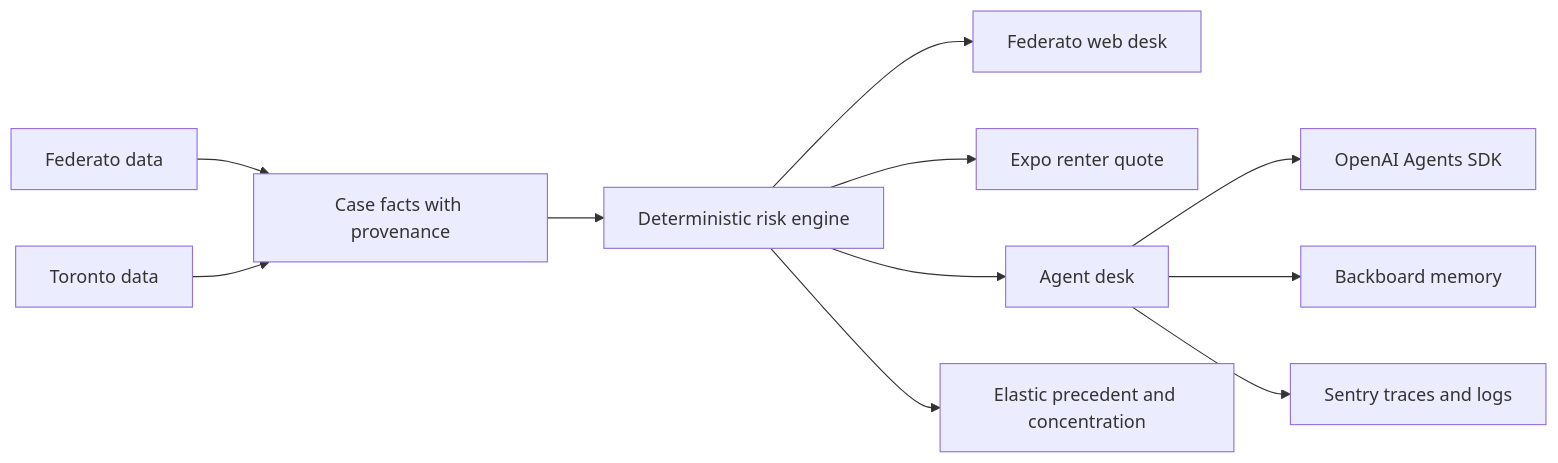
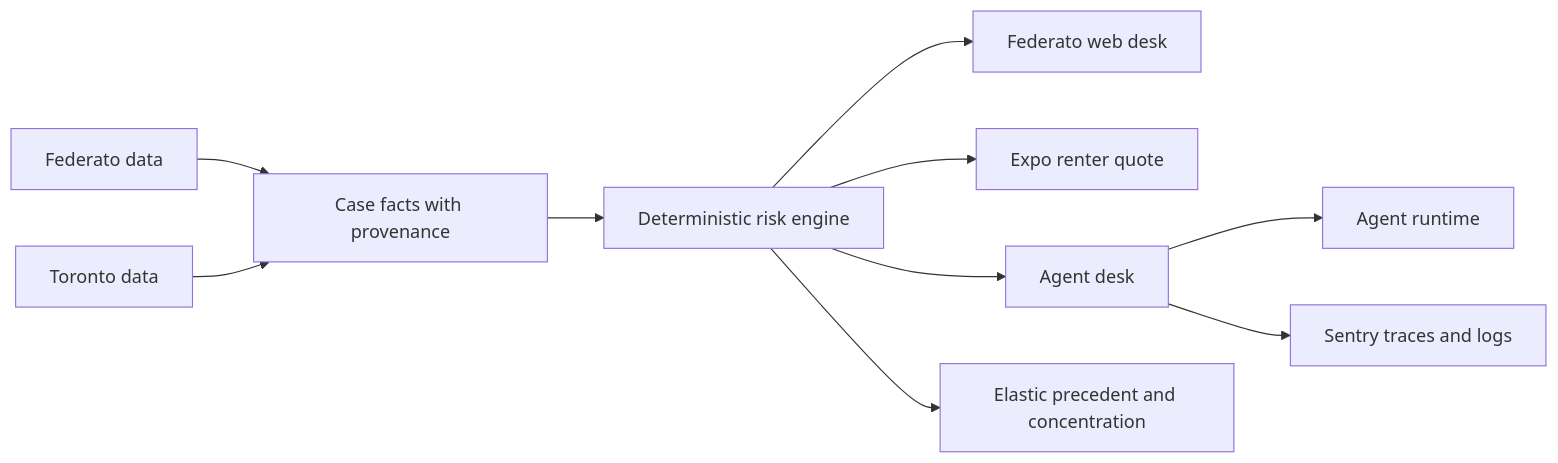
Before and after one commit to benz16107/pixie-htn2026: the diagram in docs/ARCHITECTURE.md, drawn with Mermaid. The commit also changed 59 other files, not shown here.

````diff
--- a/docs/ARCHITECTURE.md
+++ b/docs/ARCHITECTURE.md
@@ -3,13 +3,12 @@
 ```mermaid
 flowchart LR
   F[Federato data] --> C[Case facts with provenance]
   T[Toronto data] --> C
   C --> E[Deterministic risk engine]
   E --> W[Federato web desk]
   E --> M[Expo renter quote]
   E --> D[Agent desk]
-  D --> O[OpenAI Agents SDK]
-  D --> B[Backboard memory]
+  D --> O[Agent runtime]
   E --> X[Elastic precedent and concentration]
   D --> S[Sentry traces and logs]
 ```
````
